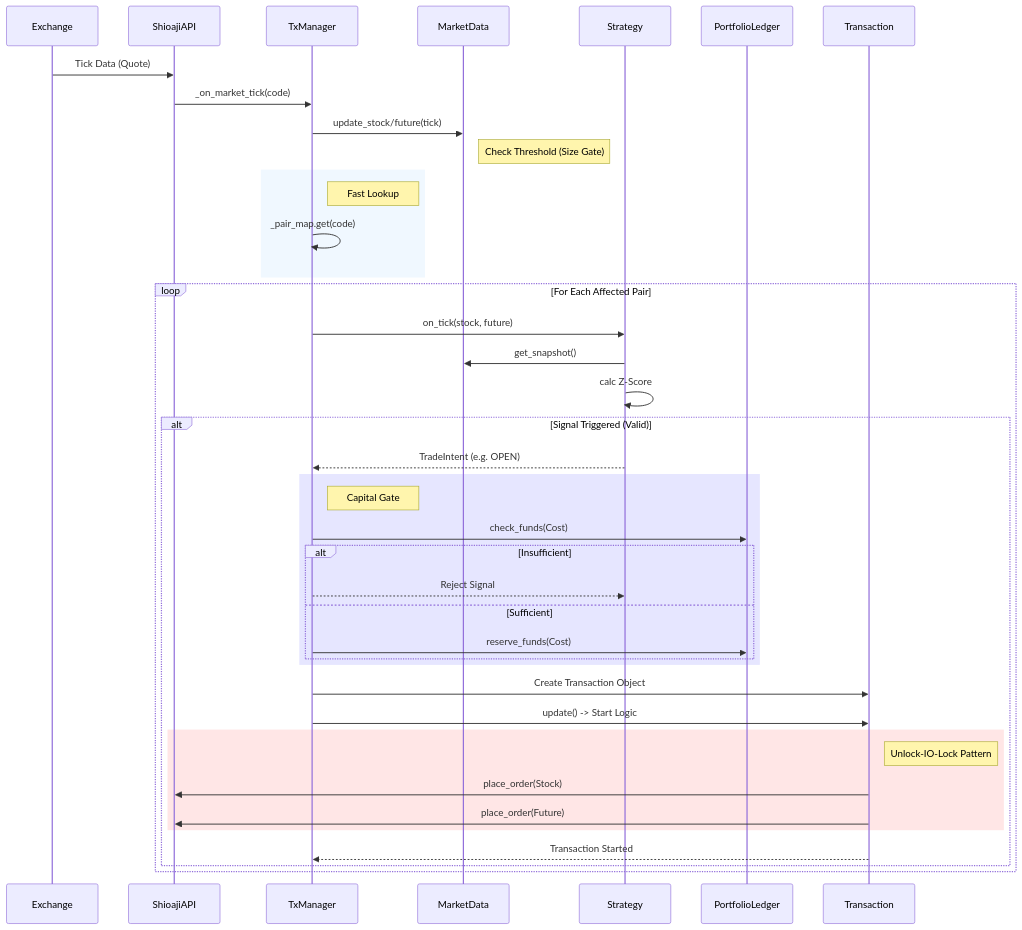
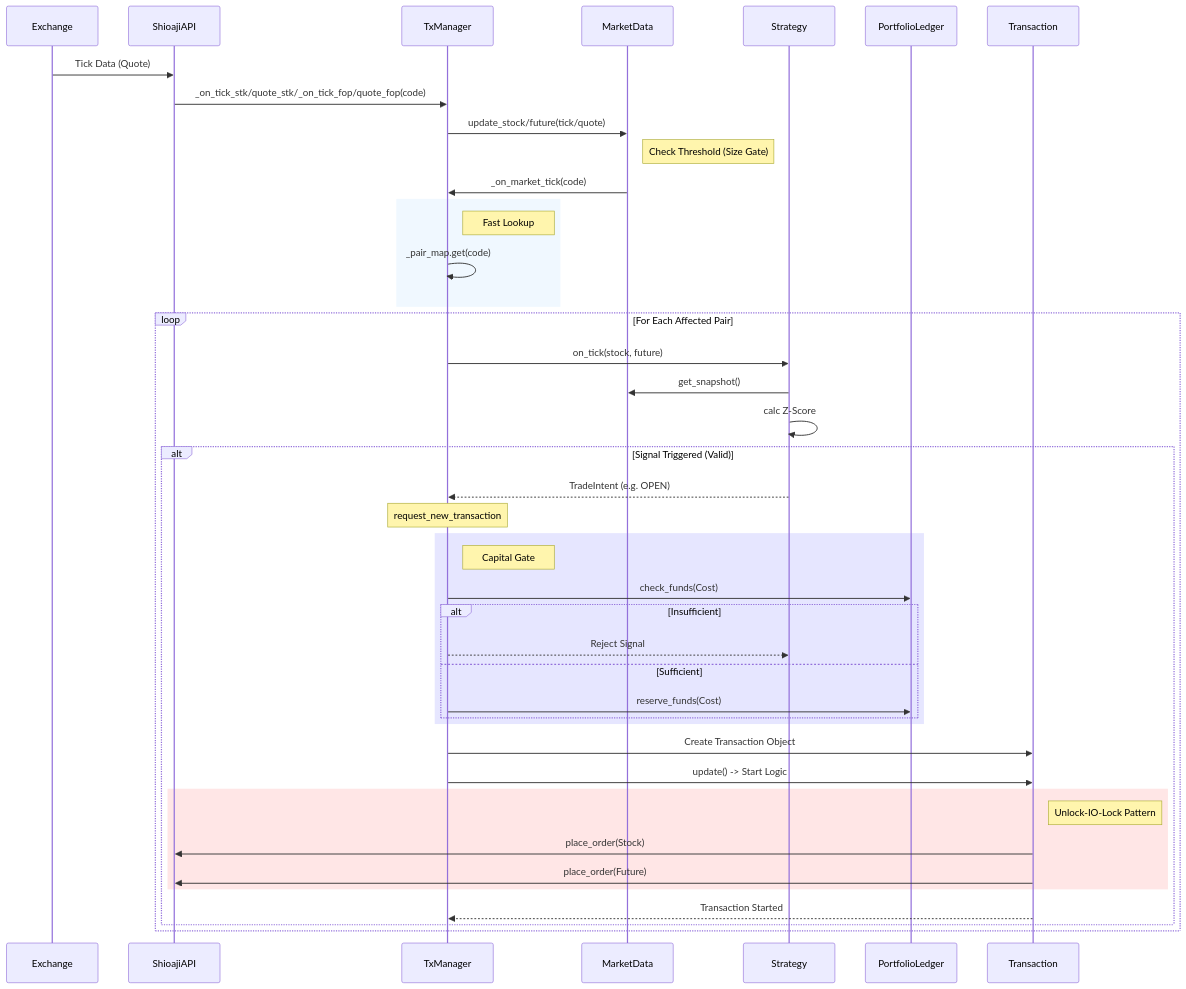
One commit to yupao-tsai/trading changed the fifth of 9 diagrams in source_code_interpretation.md. Above: the diagram before and after it, drawn with Mermaid. The commit also changed other lines of this file and 2 other files, not shown here.

First line of the commit message:
Feat: Implement Funds Check & Optimizing Quote Latency

````diff
--- a/source_code_interpretation.md
+++ b/source_code_interpretation.md
@@ -276,51 +286,52 @@
 ```mermaid
 sequenceDiagram
     participant Ex as Exchange
     participant API as ShioajiAPI
     participant TM as TxManager
     participant MD as MarketData
     participant Strat as Strategy
     participant Ledger as PortfolioLedger
     participant Tx as Transaction
 
     Ex->>API: Tick Data (Quote)
-    API->>TM: _on_market_tick(code)
-    TM->>MD: update_stock/future(tick)
+    API->>TM: _on_tick_stk/quote_stk/_on_tick_fop/quote_fop(code)
+    TM->>MD: update_stock/future(tick/quote)
     Note right of MD: Check Threshold (Size Gate)
+    MD->>TM: _on_market_tick(code)
     
     rect rgb(240, 248, 255)
         Note right of TM: Fast Lookup
         TM->>TM: _pair_map.get(code)
     end
     
     loop For Each Affected Pair
         TM->>Strat: on_tick(stock, future)
         Strat->>MD: get_snapshot()
         Strat->>Strat: calc Z-Score
         
         alt Signal Triggered (Valid)
             Strat-->>TM: TradeIntent (e.g. OPEN)
-            
+            Note over TM: request_new_transaction
             rect rgb(230, 230, 255)
                 Note right of TM: Capital Gate
                 TM->>Ledger: check_funds(Cost)
                 alt Insufficient
                      TM-->>Strat: Reject Signal
                 else Sufficient
                      TM->>Ledger: reserve_funds(Cost)
                 end
             end
             
             TM->>Tx: Create Transaction Object
             TM->>Tx: update() -> Start Logic
             
             rect rgb(255, 230, 230)
                 Note right of Tx: Unlock-IO-Lock Pattern
                 Tx->>API: place_order(Stock)
                 Tx->>API: place_order(Future)
             end
             
             Tx-->>TM: Transaction Started
         end
     end
 ```
````
